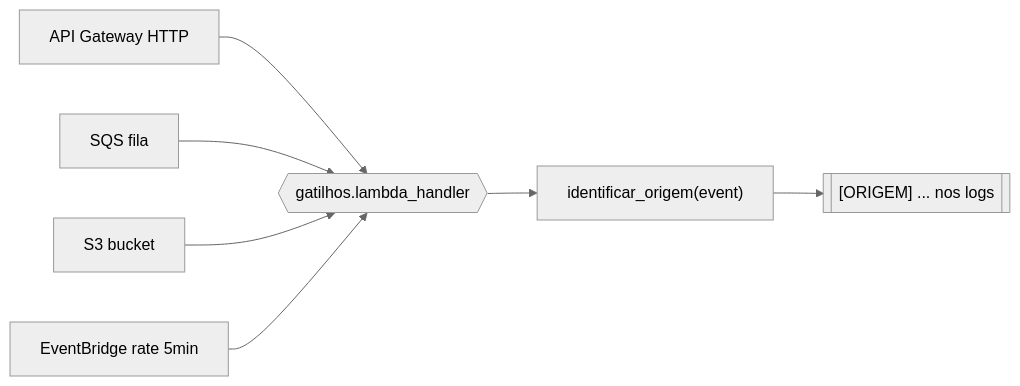
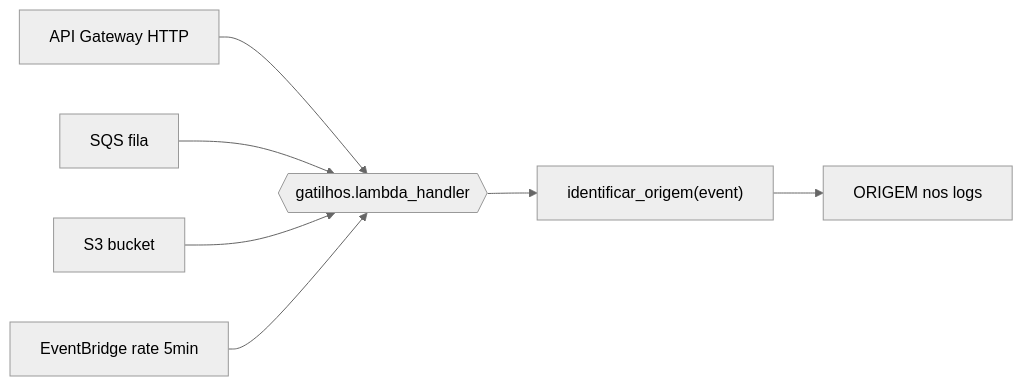
The diagram in docs/unidade-1/02-demos/u1-01.md (aulas-marco/arquitetura-serverless-eventdriven), drawn with Mermaid (neutral theme) before and after one commit. The commit also changed 10 other files, not shown here.

First line of the commit message:
Corrige erros de parse nos diagramas Mermaid da documentação

````diff
--- a/docs/unidade-1/02-demos/u1-01.md
+++ b/docs/unidade-1/02-demos/u1-01.md
@@ -40,9 +40,9 @@
 ```mermaid
 flowchart LR
     AG[API Gateway HTTP] --> H{{gatilhos.lambda_handler}}
     SQS[SQS fila] --> H
     S3[S3 bucket] --> H
     EB[EventBridge rate 5min] --> H
     H --> ID["identificar_origem(event)"]
-    ID --> LOG[["[ORIGEM] ... nos logs"]]
+    ID --> LOG["ORIGEM nos logs"]
 ```
````
